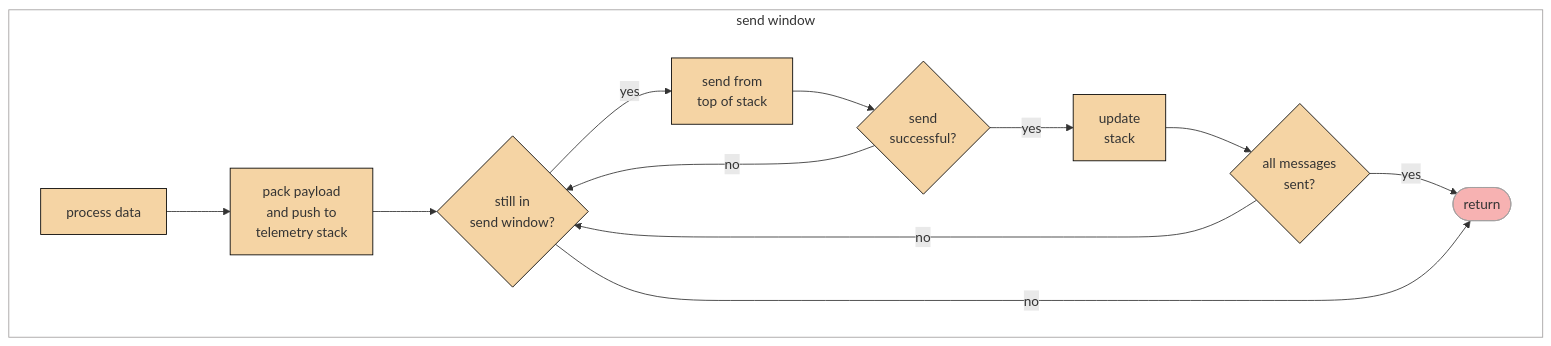
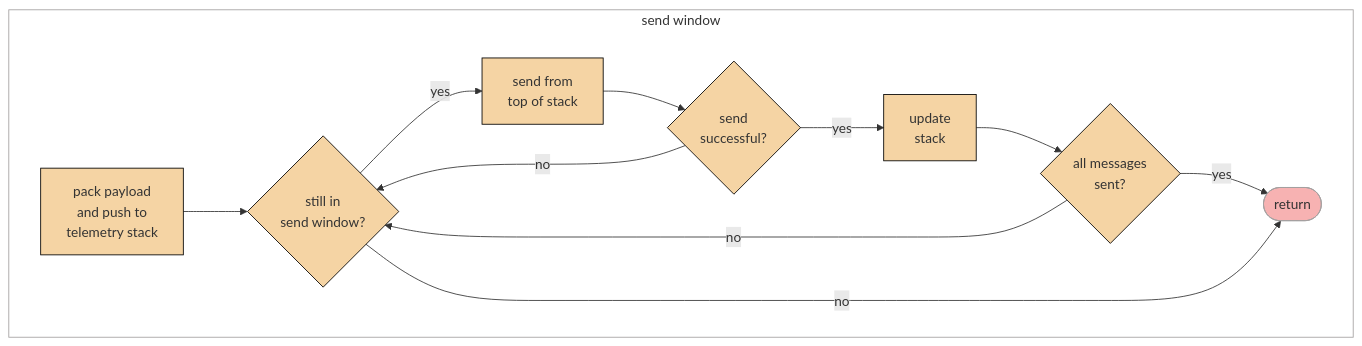
Before and after one commit to SASlabgroup/microSWIFT: the fifth of 5 diagrams in doc/Design.md, drawn with Mermaid. The commit also changed other lines of this file, not shown here.

Commit message:
adds supporting text to process and send

````diff
--- a/doc/Design.md
+++ b/doc/Design.md
@@ -164,26 +170,25 @@
 ```mermaid
 flowchart LR
     subgraph send_window["send window"]
     direction LR
-    process["process data"]-->pack["pack payload<br/>and push to<br/>telemetry stack"]
-            pack-->in_send{"still in<br/>send window?"}
-            in_send-->|yes| send["send from<br/>top of stack"];
-                send-->send_successful{"send<br/>successful?"}
-                    send_successful-->|yes| update_stack["update<br/>stack"]
-                        update_stack-->all_sent{"all messages<br/>sent?"}
-                        all_sent-->|yes| return([return])
+        pack["pack payload<br/>and push to<br/>telemetry stack"]-->in_send{"still in<br/>send window?"};
+        in_send-->|yes| send["send from<br/>top of stack"];
+            send-->send_successful{"send<br/>successful?"}
+                send_successful-->|yes| update_stack["update<br/>stack"]
+                    update_stack-->all_sent{"all messages<br/>sent?"}
+                    all_sent-->|yes| return([return])
 
-                        all_sent-->|no| in_send
+                    all_sent-->|no| in_send
 
-                    send_successful-->|no| in_send
+                send_successful-->|no| in_send
 
-            in_send-->|no| return
+        in_send-->|no| return
     end
 
     classDef orange fill:#f5d4a4,stroke:#000000,stroke-width:1px
     classDef grey fill:#FFFFFF,stroke:#a3a0a0, stroke-width:1px
     classDef red fill:#f7b2b2, stroke:#a3a0a0, stroke-width:1px
     class send_window grey
     class process,pack,in_send,send,update_stack,all_sent,send_successful orange
     class return red
 ```
````
